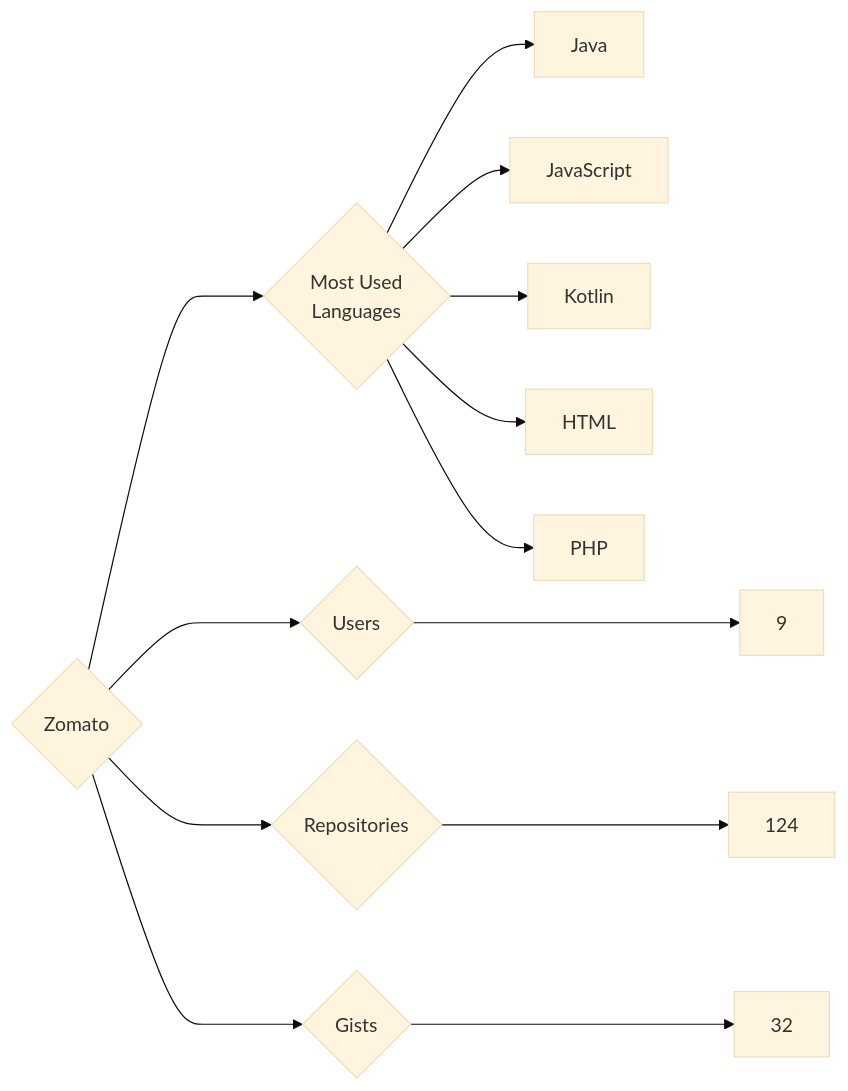
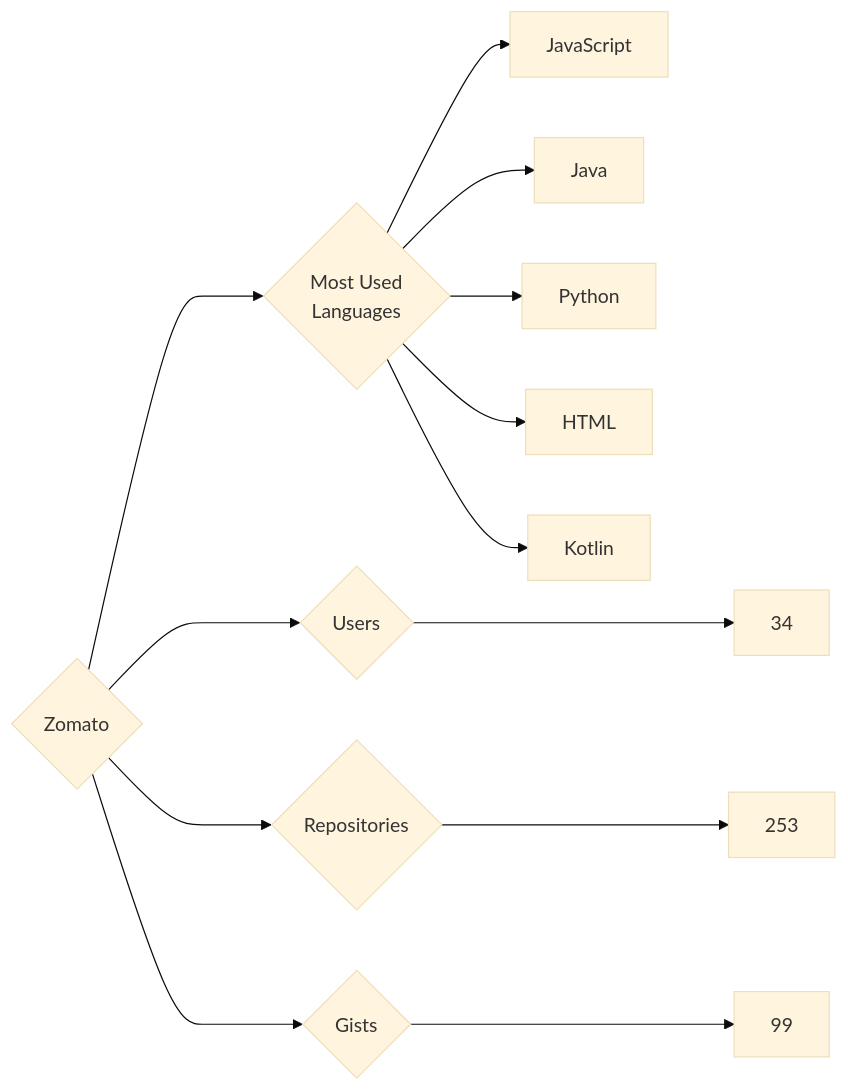
The diagram in targets/Zomato/README.md (trickest/insiders), drawn with Mermaid (base theme) before and after one commit. The commit also changed 972 other files, not shown here.

````diff
--- a/targets/Zomato/README.md
+++ b/targets/Zomato/README.md
@@ -3,13 +3,13 @@
 ```mermaid
 graph LR
 COMPANY_NAME{Zomato}
-COMPANY_NAME ---> U{Users} ---> UN[9]
-COMPANY_NAME ---> R{Repositories} ---> RN[124]
-COMPANY_NAME ---> G{Gists} ---> GN[32]
+COMPANY_NAME ---> U{Users} ---> UN[34]
+COMPANY_NAME ---> R{Repositories} ---> RN[253]
+COMPANY_NAME ---> G{Gists} ---> GN[99]
 COMPANY_NAME ---> ML{Most Used<br>Languages}
+ML --> JavaScript[JavaScript]
 ML --> Java[Java]
-ML --> JavaScript[JavaScript]
+ML --> Python[Python]
+ML --> HTML[HTML]
 ML --> Kotlin[Kotlin]
-ML --> HTML[HTML]
-ML --> PHP[PHP]
 ```
````
